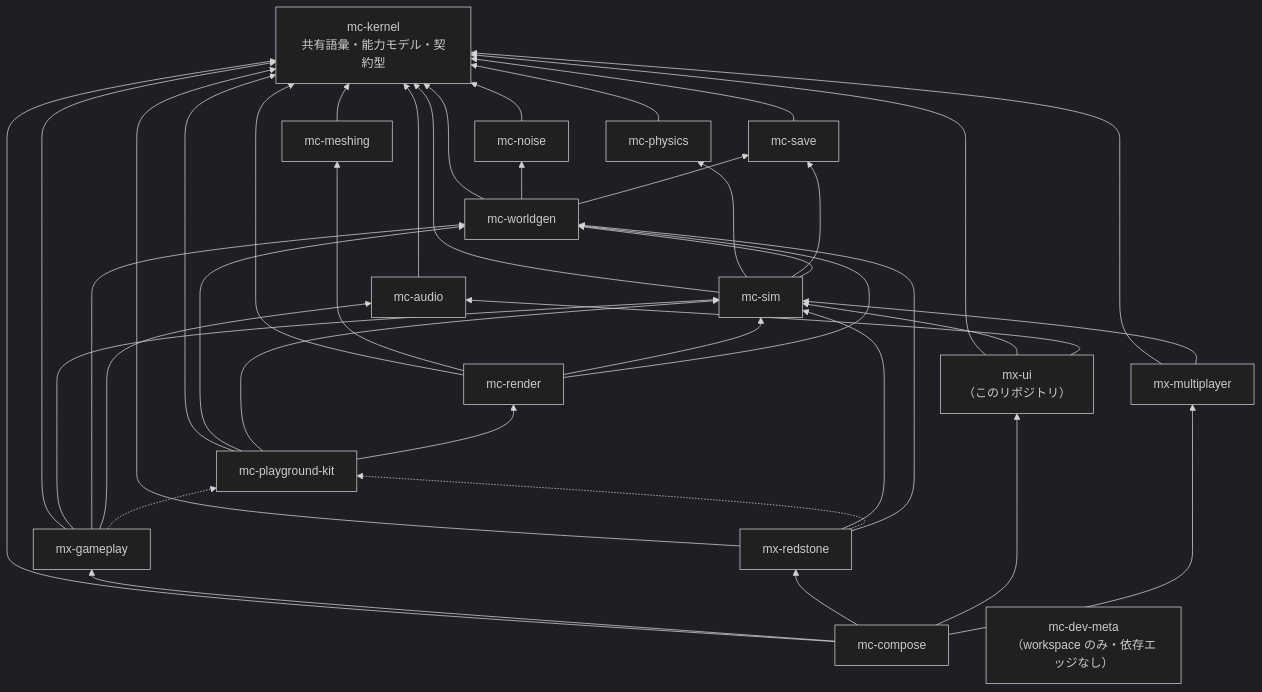
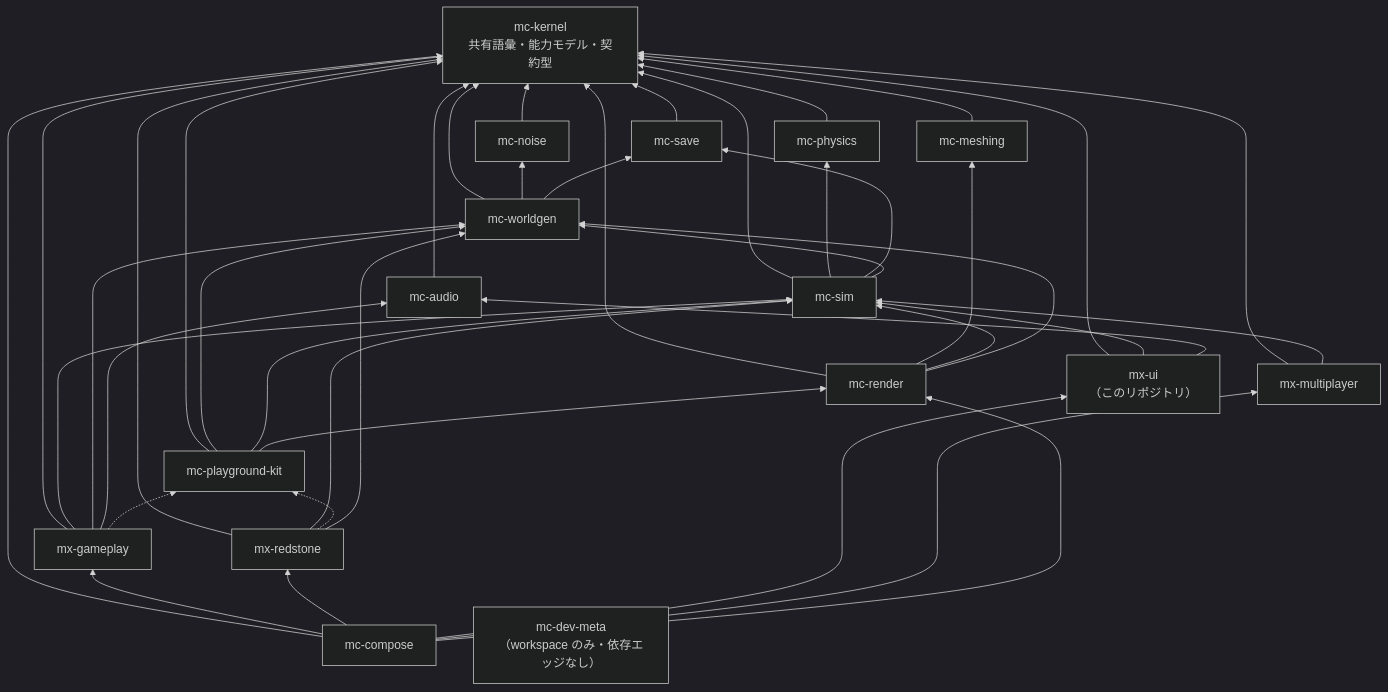
One commit to nerima-games/mx-ui changed the diagram in docs/architecture.md. Above: the diagram before and after it, drawn with Mermaid (dark theme). The commit also changed 6 other files, not shown here.

````diff
--- a/docs/architecture.md
+++ b/docs/architecture.md
@@ -29,68 +29,69 @@
 ```mermaid
 graph BT
   kernel["mc-kernel<br/>共有語彙・能力モデル・契約型"]
   noise["mc-noise"]
   meshing["mc-meshing"]
   physics["mc-physics"]
   save["mc-save"]
   audio["mc-audio"]
   worldgen["mc-worldgen"]
   sim["mc-sim"]
   render["mc-render"]
   kit["mc-playground-kit"]
   gameplay["mx-gameplay"]
   redstone["mx-redstone"]
   ui["mx-ui<br/>（このリポジトリ）"]
   multiplayer["mx-multiplayer"]
   compose["mc-compose"]
   meta["mc-dev-meta<br/>（workspace のみ・依存エッジなし）"]
 
   noise --> kernel
   meshing --> kernel
   physics --> kernel
   save --> kernel
   audio --> kernel
 
   worldgen --> kernel
   worldgen --> noise
   worldgen --> save
 
   sim --> kernel
   sim --> physics
   sim --> save
   sim --> worldgen
 
   render --> kernel
   render --> meshing
   render --> sim
   render --> worldgen
 
   kit --> kernel
   kit --> worldgen
   kit --> sim
   kit --> render
 
   gameplay --> kernel
   gameplay --> sim
   gameplay --> worldgen
   gameplay --> audio
   gameplay -.-> kit
 
   redstone --> kernel
   redstone --> sim
   redstone -.-> kit
   redstone --> worldgen
 
   ui --> kernel
   ui --> sim
   ui --> audio
 
   multiplayer --> kernel
   multiplayer --> sim
 
   compose --> kernel
   compose --> gameplay
   compose --> redstone
   compose --> ui
   compose --> multiplayer
+  compose --> render
 ```
````
